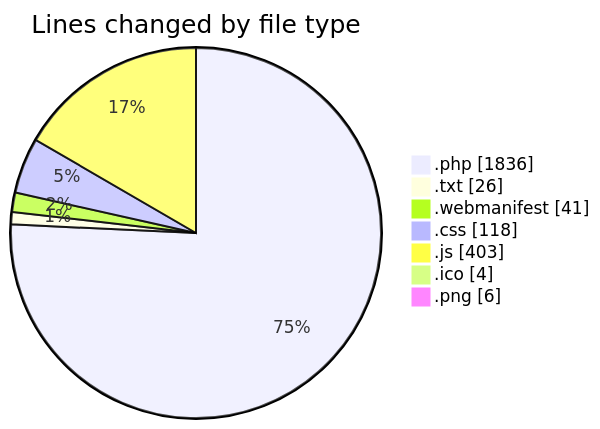
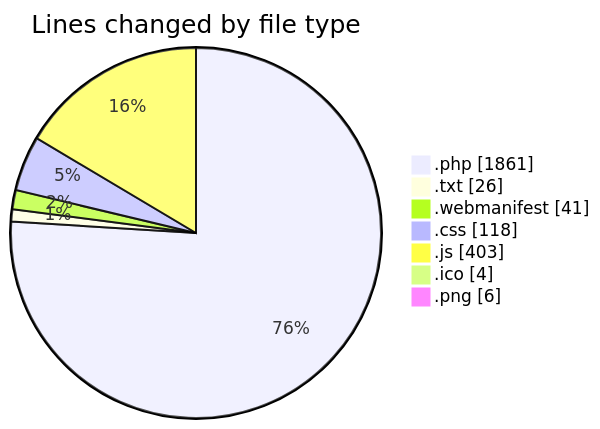
Before and after one commit to lephambinh05/code-tracking: the first of 2 diagrams in 2025-08-20/quytuthien_vn/README.md, drawn with Mermaid. The commit also changed other lines of this file and 1 other file, not shown here.

````diff
--- a/2025-08-20/quytuthien_vn/README.md
+++ b/2025-08-20/quytuthien_vn/README.md
@@ -69,11 +70,11 @@
 ```mermaid
 pie showData
 title Lines changed by file type
-".php" : 1836
+".php" : 1861
 ".txt" : 26
 ".webmanifest" : 41
 ".css" : 118
 ".js" : 403
 ".ico" : 4
 ".png" : 6
 ```
````
